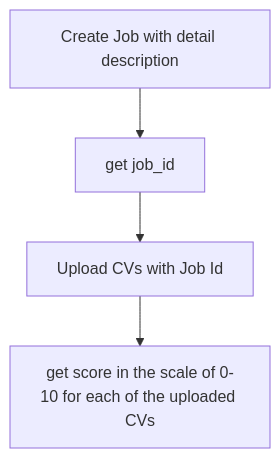
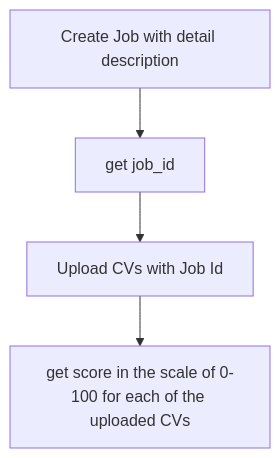
Before and after one commit to ShubhajitM/CVScore: the diagram in README.md, drawn with Mermaid. The commit also changed 10 other files, not shown here.

````diff
--- a/README.md
+++ b/README.md
@@ -18,6 +18,6 @@
 ```mermaid
 graph TD;
     A[Create Job with detail description] --> B[get job_id]
     B --> C[Upload CVs with Job Id]
-    C --> D[get score in the scale of 0-10 for each of the uploaded CVs]
+    C --> D[get score in the scale of 0-100 for each of the uploaded CVs]
 ```
````
